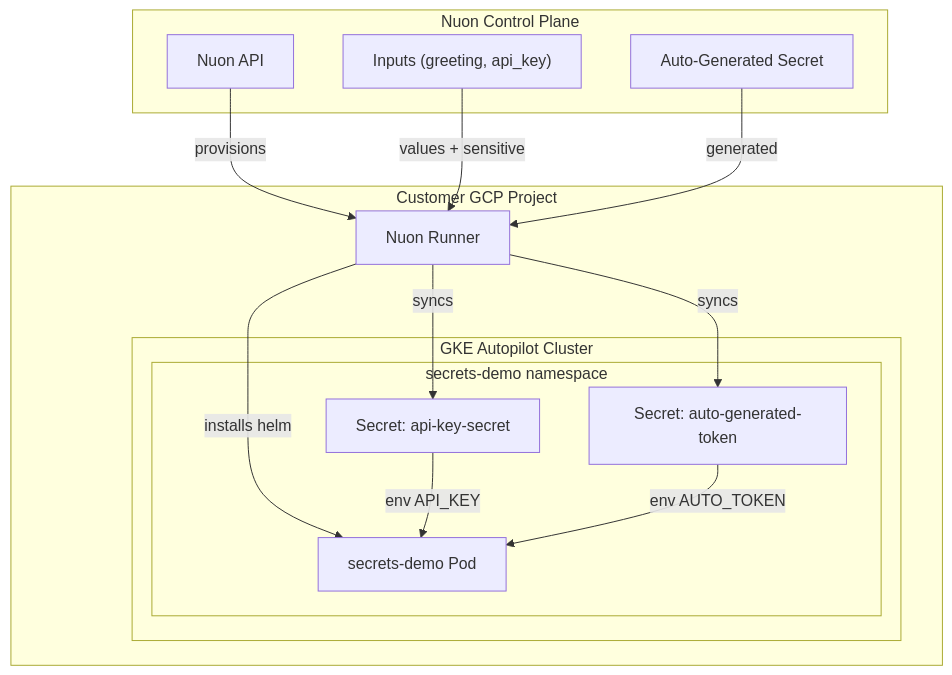
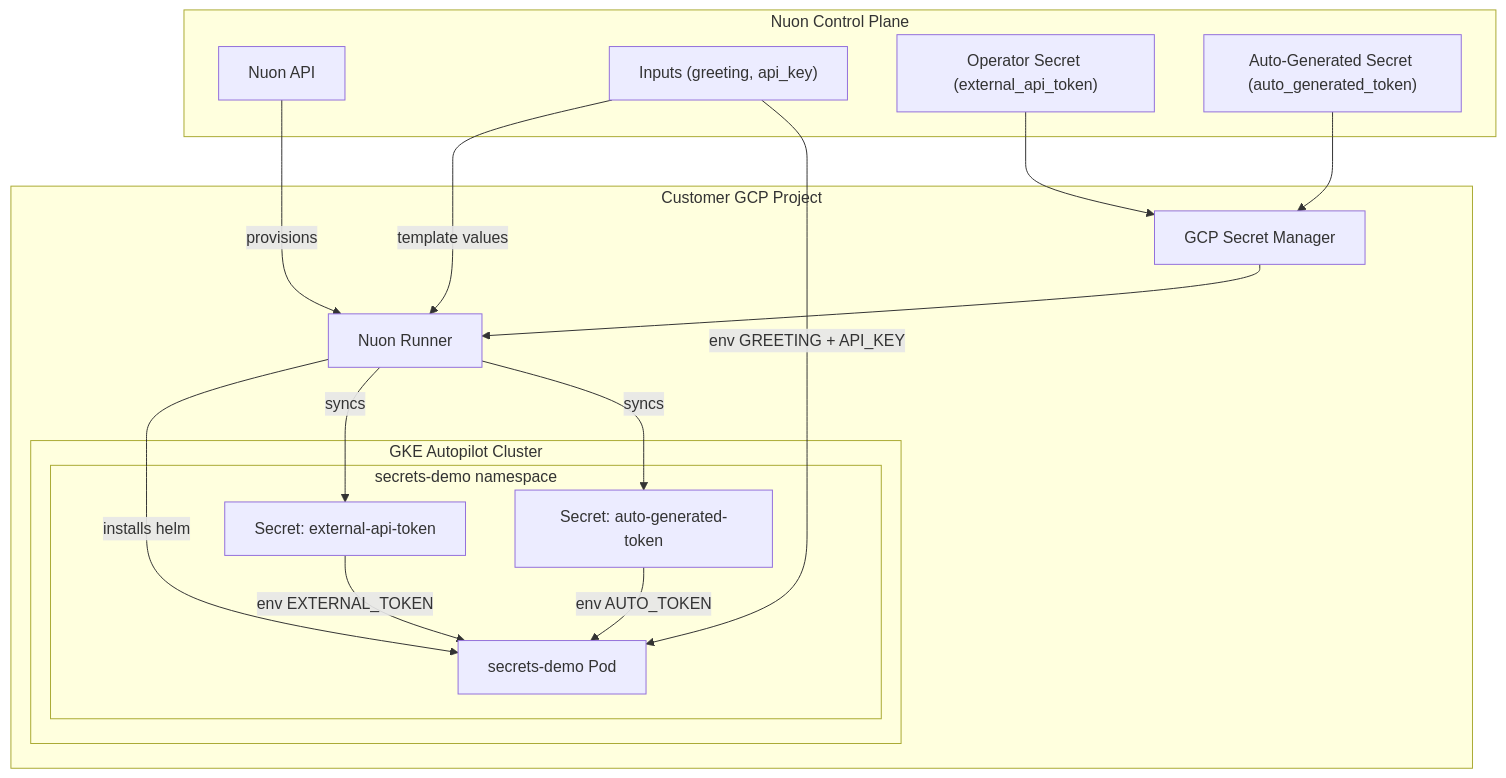
One commit to nuonco/example-app-configs changed the diagram in gke-secrets/README.md. Above: the diagram before and after it, drawn with Mermaid. The commit also changed other lines of this file and 29 other files, not shown here.

````diff
--- a/gke-secrets/README.md
+++ b/gke-secrets/README.md
@@ -16,32 +16,37 @@
 ```mermaid
 
   graph TD
 
       subgraph Nuon["Nuon Control Plane"]
           NuonAPI["Nuon API"]
           Inputs["Inputs (greeting, api_key)"]
-          AutoGen["Auto-Generated Secret"]
+          OpSecret["Operator Secret (external_api_token)"]
+          AutoGen["Auto-Generated Secret (auto_generated_token)"]
       end
 
       subgraph Project["Customer GCP Project"]
           Runner["Nuon Runner"]
+          SM["GCP Secret Manager"]
 
           subgraph GKE["GKE Autopilot Cluster"]
               subgraph NS["secrets-demo namespace"]
-                  ApiSec["Secret: api-key-secret"]
+                  ExtSec["Secret: external-api-token"]
                   TokSec["Secret: auto-generated-token"]
                   Pod["secrets-demo Pod"]
               end
           end
       end
 
       NuonAPI -->|provisions| Runner
+      Inputs -->|template values| Runner
+      OpSecret --> SM
+      AutoGen --> SM
       Runner -->|installs helm| Pod
-      Inputs -->|values + sensitive| Runner
-      AutoGen -->|generated| Runner
-      Runner -->|syncs| ApiSec
+      Runner -->|syncs| ExtSec
       Runner -->|syncs| TokSec
-      ApiSec -->|env API_KEY| Pod
+      SM --> Runner
+      Inputs -->|env GREETING + API_KEY| Pod
+      ExtSec -->|env EXTERNAL_TOKEN| Pod
       TokSec -->|env AUTO_TOKEN| Pod
 
 ```
````
